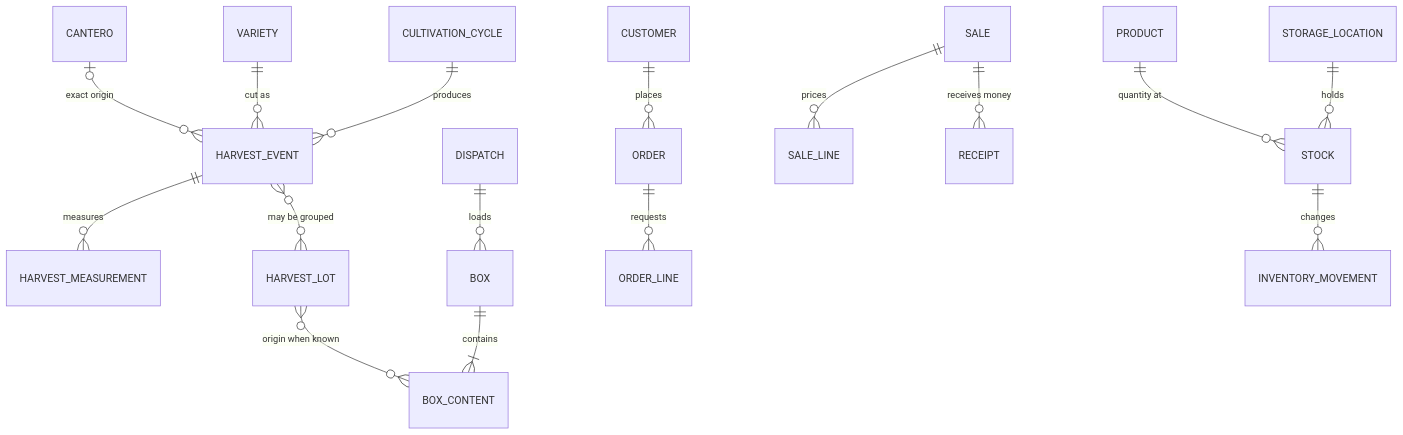
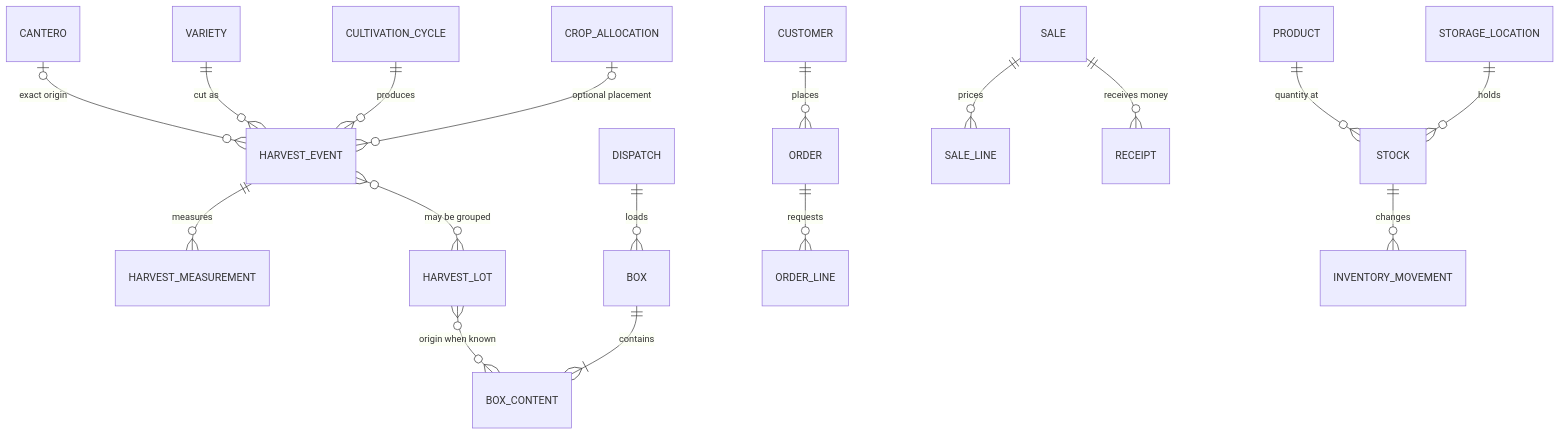
One commit to JuanCruzFerreiraM/MonteiroOS changed the third of 3 diagrams in docs/architecture/DATA_MODEL.md. Above: the diagram before and after it, drawn with Mermaid. The commit also changed other lines of this file and 9 other files, not shown here.

Commit message:
docs: refine roadmap and domain constraints (#2)

````diff
--- a/docs/architecture/DATA_MODEL.md
+++ b/docs/architecture/DATA_MODEL.md
@@ -75,18 +75,19 @@
 ```mermaid
 erDiagram
   CANTERO |o--o{ HARVEST_EVENT : "exact origin"
   VARIETY ||--o{ HARVEST_EVENT : "cut as"
   CULTIVATION_CYCLE ||--o{ HARVEST_EVENT : produces
+  CROP_ALLOCATION |o--o{ HARVEST_EVENT : "optional placement"
   HARVEST_EVENT ||--o{ HARVEST_MEASUREMENT : measures
   HARVEST_EVENT }o--o{ HARVEST_LOT : "may be grouped"
   HARVEST_LOT }o--o{ BOX_CONTENT : "origin when known"
   BOX ||--|{ BOX_CONTENT : contains
   CUSTOMER ||--o{ ORDER : places
   ORDER ||--o{ ORDER_LINE : requests
   DISPATCH ||--o{ BOX : loads
   SALE ||--o{ SALE_LINE : prices
   SALE ||--o{ RECEIPT : "receives money"
   PRODUCT ||--o{ STOCK : "quantity at"
   STORAGE_LOCATION ||--o{ STOCK : holds
   STOCK ||--o{ INVENTORY_MOVEMENT : changes
 ```
````
